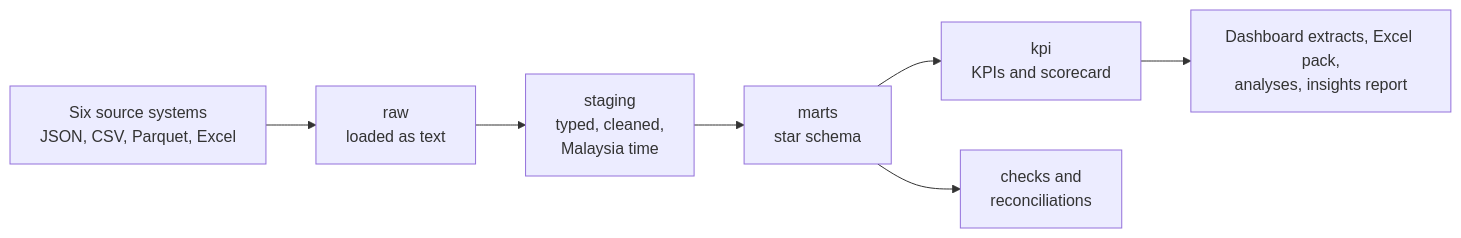
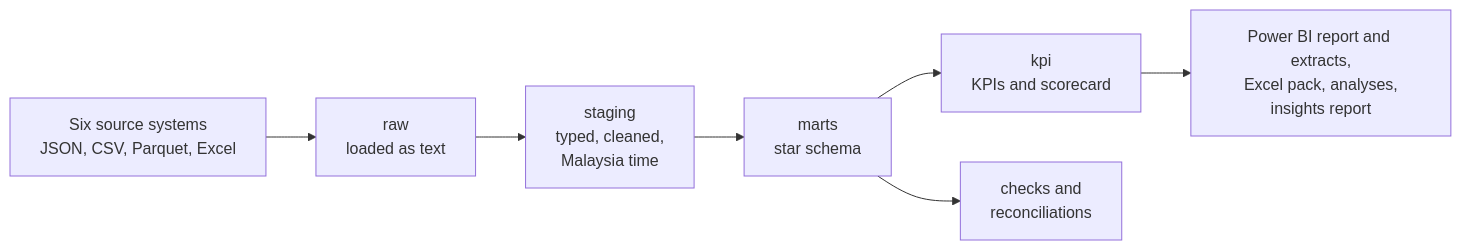
Before and after one commit to clarence1909/DigitalBankingBI_project: the diagram in README.md, drawn with Mermaid. The commit also changed other lines of this file and 106 other files, not shown here.

First line of the commit message:
Switch the dashboard to a Power BI report generated from code

````diff
--- a/README.md
+++ b/README.md
@@ -48,9 +49,9 @@
 ```mermaid
 flowchart LR
     src["Six source systems<br/>JSON, CSV, Parquet, Excel"] --> raw["raw<br/>loaded as text"]
     raw --> stg["staging<br/>typed, cleaned,<br/>Malaysia time"]
     stg --> marts["marts<br/>star schema"]
     marts --> kpi["kpi<br/>KPIs and scorecard"]
     marts --> dq["checks and<br/>reconciliations"]
-    kpi --> out["Dashboard extracts, Excel pack,<br/>analyses, insights report"]
+    kpi --> out["Power BI report and extracts,<br/>Excel pack, analyses,<br/>insights report"]
 ```
````
